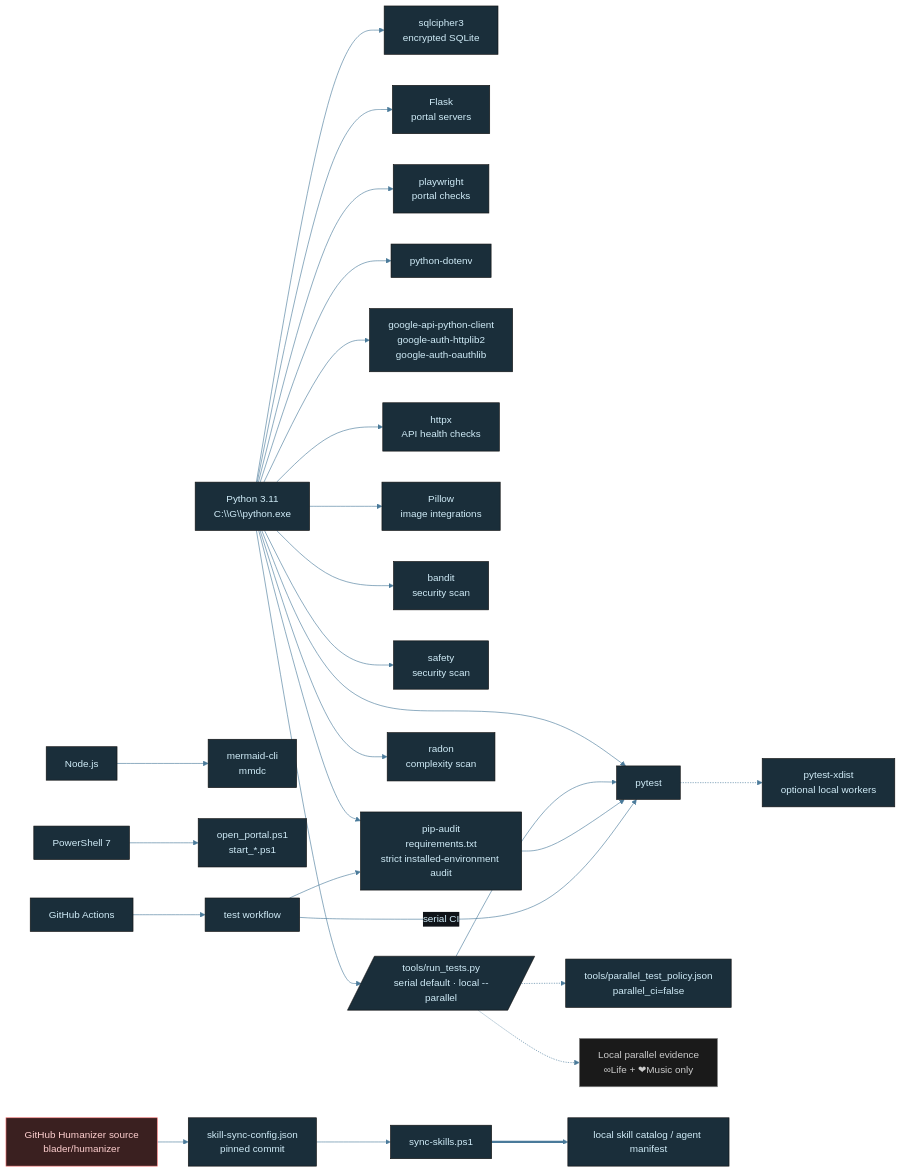
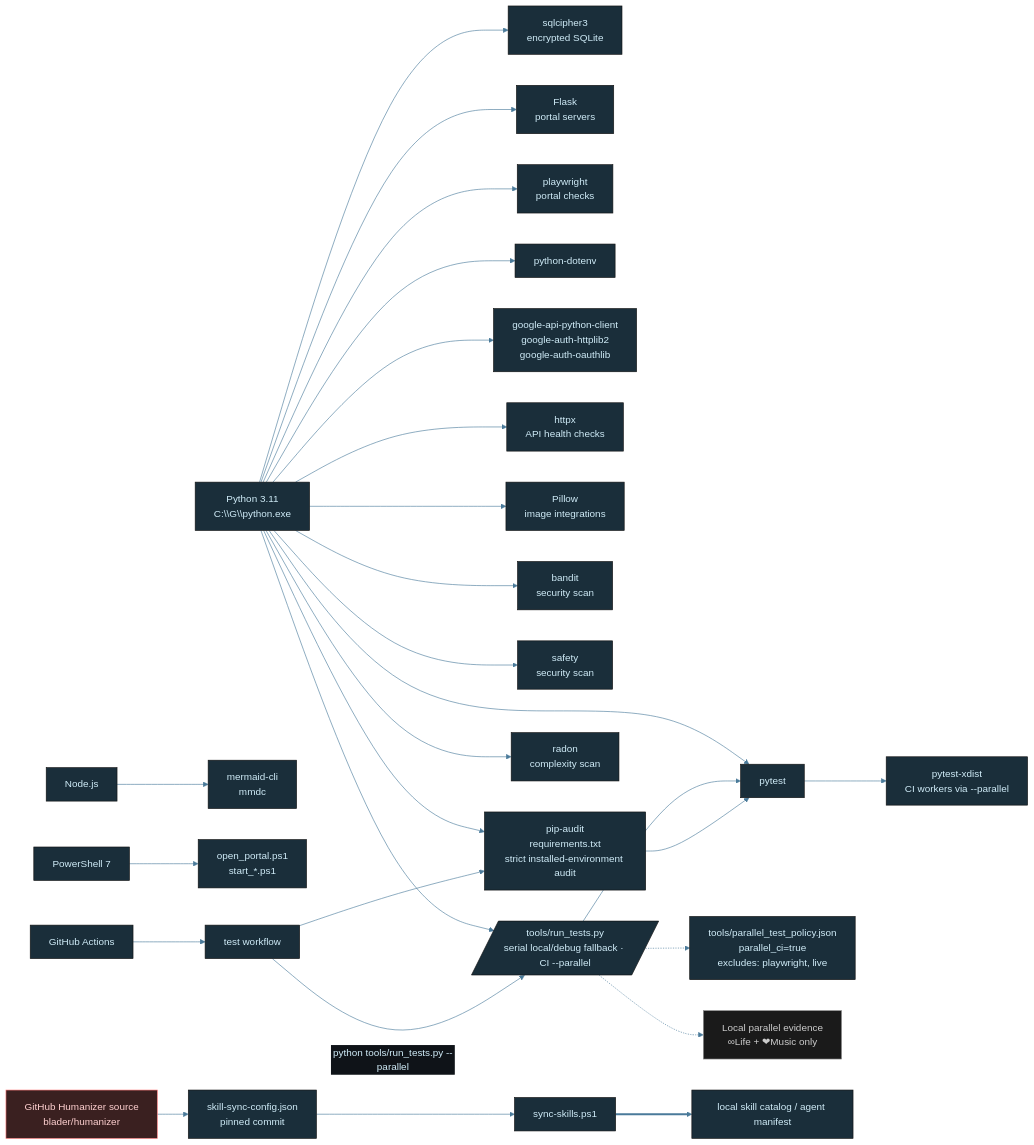
The diagram in diagrams/workspace-tech-stack.mmd (tylerdrakemusic/-Workspace), drawn with Mermaid before and after one commit. The commit also changed 7 other files, not shown here.

Commit message:
⊕ workspace: enable pytest-xdist in CI (FR-20260830-workspace-ci-xdist)

```diff
--- a/diagrams/workspace-tech-stack.mmd
+++ b/diagrams/workspace-tech-stack.mmd
@@ -1,41 +1,41 @@
 %%{init: {'theme': 'base', 'themeVariables': {'primaryColor': '#1a2e3a', 'primaryTextColor': '#d0ecf8', 'edgeLabelBackground': '#0f1318', 'lineColor': '#4a7a9a'}}}%%
 graph LR
     Python[Python 3.11<br/>C:\\G\\python.exe] --> SQLCipher[sqlcipher3<br/>encrypted SQLite]
     Python --> Pytest[pytest]
     Python --> Flask[Flask<br/>portal servers]
     Python --> Playwright[playwright<br/>portal checks]
     Python --> Dotenv[python-dotenv]
     Python --> GoogleAPI[google-api-python-client<br/>google-auth-httplib2<br/>google-auth-oauthlib]
     Python --> Httpx[httpx<br/>API health checks]
     Python --> Pillow[Pillow<br/>image integrations]
     Python --> Bandit[bandit<br/>security scan]
     Python --> Safety[safety<br/>security scan]
     Python --> PipAudit[pip-audit<br/>requirements.txt<br/>strict installed-environment audit]
     Python --> Radon[radon<br/>complexity scan]
-    Python --> TestRunner[/tools/run_tests.py<br/>serial default · local --parallel/]
+    Python --> TestRunner[/tools/run_tests.py<br/>serial local/debug fallback · CI --parallel/]
     TestRunner --> Pytest
-    TestRunner -.-> TestPolicy[tools/parallel_test_policy.json<br/>parallel_ci=false]
-    Pytest -.-> Xdist[pytest-xdist<br/>optional local workers]
+    TestRunner -.-> TestPolicy[tools/parallel_test_policy.json<br/>parallel_ci=true<br/>excludes: playwright, live]
+    Pytest --> Xdist[pytest-xdist<br/>CI workers via --parallel]
     TestRunner -.-> ParallelEvidence[Local parallel evidence<br/>∞Life + ❤Music only]
     Node[Node.js] --> Mmdc[mermaid-cli<br/>mmdc]
     PowerShell[PowerShell 7] --> LaunchScripts[open_portal.ps1<br/>start_*.ps1]
     GitHub[GitHub Actions] --> CI_Tests[test workflow]
     CI_Tests --> PipAudit --> Pytest
-    CI_Tests -->|serial CI| Pytest
+    CI_Tests -->|"python tools/run_tests.py --parallel"| TestRunner
     HumanizerSource[GitHub Humanizer source<br/>blader/humanizer] --> SkillSyncConfig[skill-sync-config.json<br/>pinned commit]
     SkillSyncConfig --> SkillSyncScript[sync-skills.ps1]
     SkillSyncScript ==> LocalSkillCatalog[local skill catalog / agent manifest]
     class Python,Node,PowerShell lang
     class SQLCipher,Pytest,TestRunner,TestPolicy,Xdist,Flask,Playwright,Dotenv,Mmdc,LaunchScripts,GitHub,CI_Tests,GoogleAPI,Httpx,Pillow,Bandit,Safety,PipAudit,Radon,SkillSyncConfig,SkillSyncScript,LocalSkillCatalog tool
     class ParallelEvidence state
     class HumanizerSource ext
 
 classDef life     fill:#1a2e3a,stroke:#6ab4d4,color:#d0ecf8
 classDef music    fill:#3a1a24,stroke:#d47a8f,color:#f8d0dc
 classDef quantum  fill:#251a3a,stroke:#a07adf,color:#e8d0f8
 classDef manifest fill:#3a2e1a,stroke:#d4a96a,color:#f8ead0
 classDef ws       fill:#1a3a30,stroke:#6ad4b4,color:#d0f8ee
 classDef tyler    fill:#2a1a3a,stroke:#9e4aff,color:#fff
 classDef ext      fill:#3a2020,stroke:#ff7a7a,color:#ffd0d0
 classDef db       fill:#3a3010,stroke:#d4c050,color:#f8f0c0
 classDef state    fill:#1a1a1a,stroke:#888888,color:#cccccc
```
